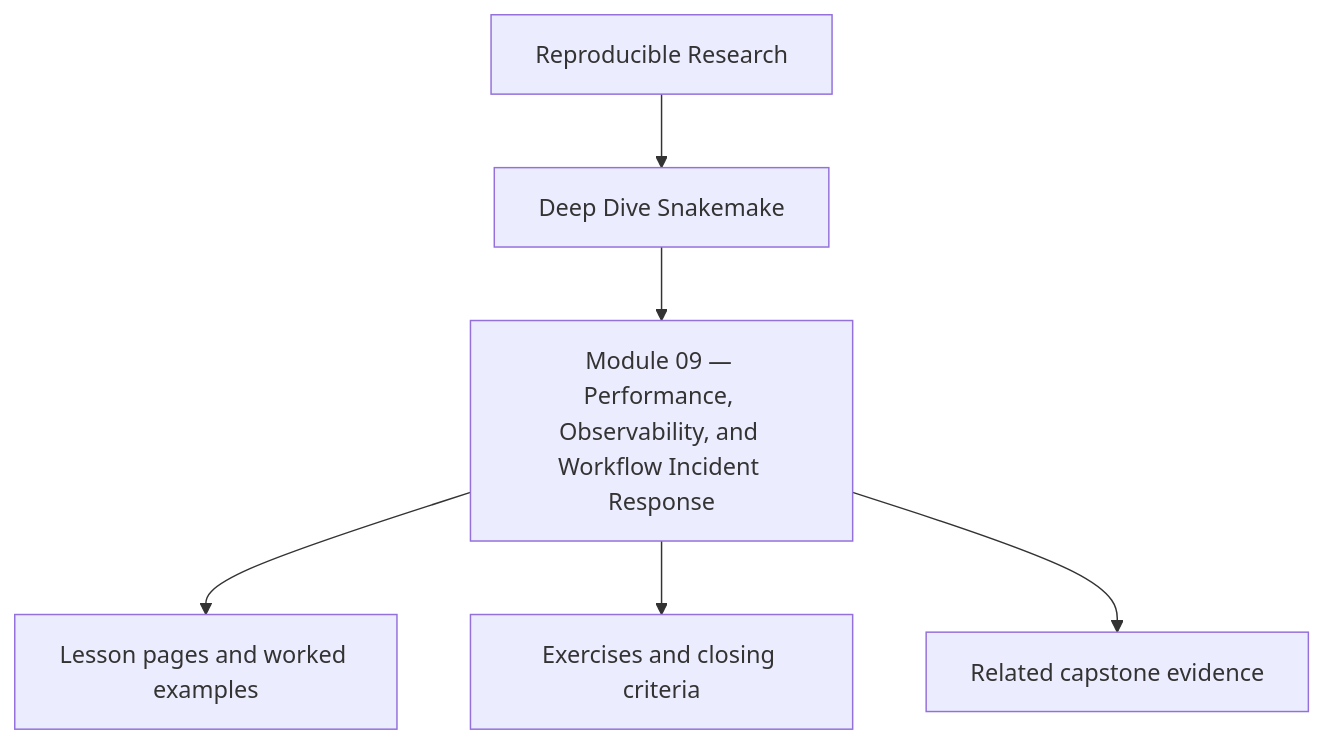
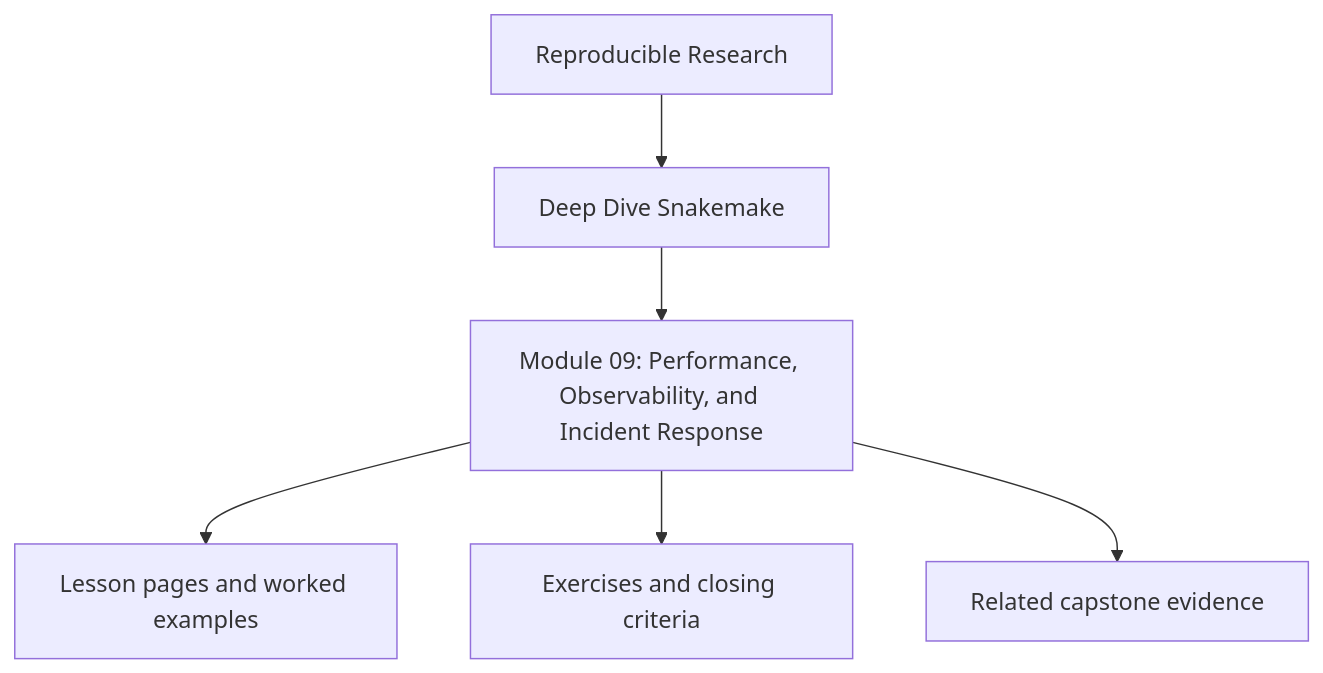
The first of 2 diagrams in programs/reproducible-research/deep-dive-snakemake/course-book/module-09-observability-performance-and-incident-response/index.md (bijux/bijux-masterclass), drawn with Mermaid before and after one commit. The commit also changed other lines of this file and 241 other files, not shown here.

````diff
--- a/programs/reproducible-research/deep-dive-snakemake/course-book/module-09-observability-performance-and-incident-response/index.md
+++ b/programs/reproducible-research/deep-dive-snakemake/course-book/module-09-observability-performance-and-incident-response/index.md
@@ -9,8 +9,8 @@
 ```mermaid
 flowchart TD
   family["Reproducible Research"] --> program["Deep Dive Snakemake"]
-  program --> module["Module 09 — Performance, Observability, and Workflow Incident Response"]
+  program --> module["Module 09: Performance, Observability, and Incident Response"]
   module --> lessons["Lesson pages and worked examples"]
   module --> checkpoints["Exercises and closing criteria"]
   module --> capstone["Related capstone evidence"]
 ```
````
